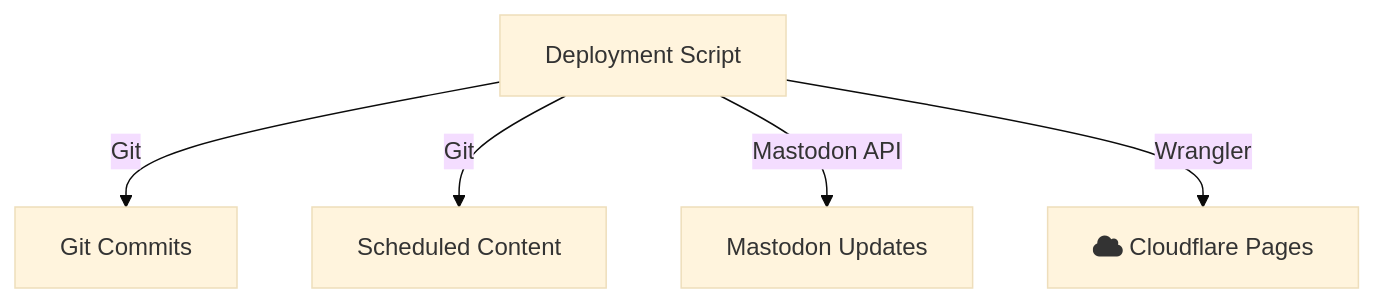
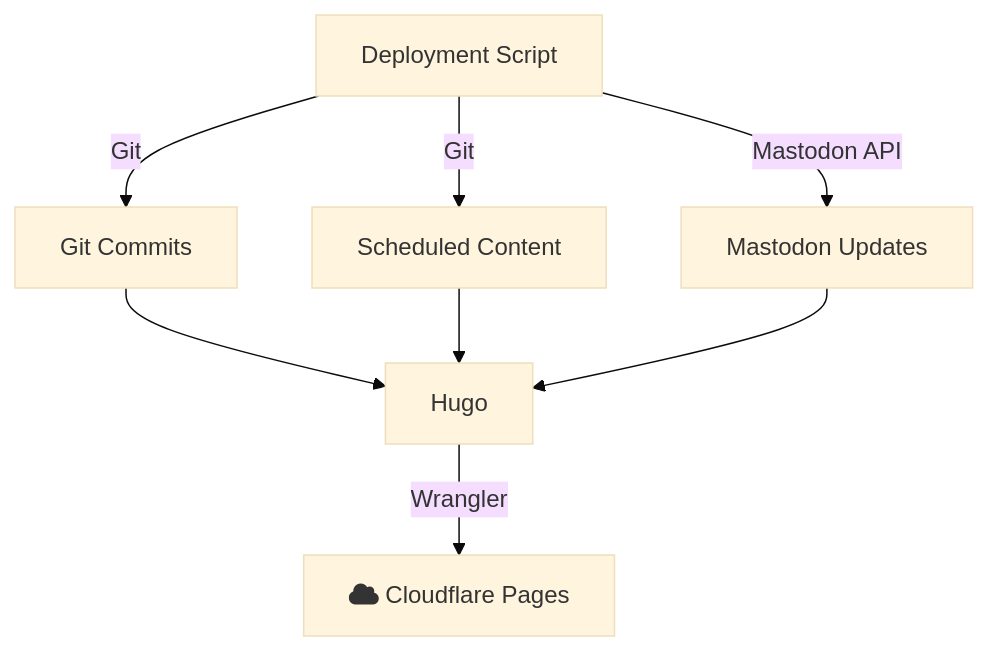
Before and after one commit to sudorandom/kmcd.dev: the diagram in content/posts/2024/daily-prompts/index.md, drawn with Mermaid (base theme). The commit also changed other lines of this file and 1 other file, not shown here.

Commit message:
Edits for daily prompt post

````diff
--- a/content/posts/2024/daily-prompts/index.md
+++ b/content/posts/2024/daily-prompts/index.md
@@ -48,9 +48,13 @@
 ```mermaid
 graph TD
     deployment[Deployment Script]
     cloudflarepages[fa:fa-cloud Cloudflare Pages]
+    hugo[Hugo]
     deployment -- Git --> commits[Git Commits]
     deployment -- Git --> schedule[Scheduled Content]
     deployment -- Mastodon API --> mastodon[Mastodon Updates]
-    deployment -- Wrangler --> cloudflarepages
+    commits --> hugo
+    schedule --> hugo
+    mastodon --> hugo
+    hugo -- Wrangler --> cloudflarepages
 ```
````
